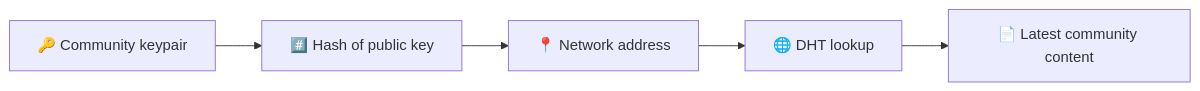
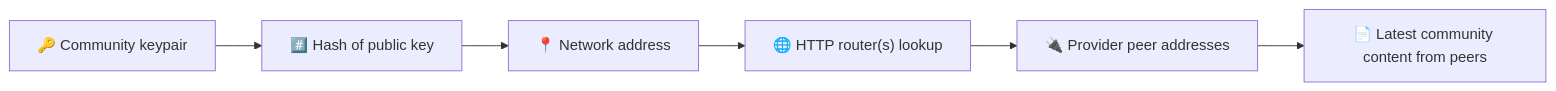
One commit to bitsocialnet/bitsocial-web changed the first of 5 diagrams in docs/peer-to-peer-protocol.md. Above: the diagram before and after it, drawn with Mermaid. The commit also changed other lines of this file and 7 other files, not shown here.

First line of the commit message:
docs(peer-to-peer-protocol): replace DHT with HTTP routers (#3)

````diff
--- a/docs/peer-to-peer-protocol.md
+++ b/docs/peer-to-peer-protocol.md
@@ -31,7 +31,8 @@
 ```mermaid
 graph LR
     K["🔑 Community keypair"] --> H["#️⃣ Hash of public key"]
     H --> A["📍 Network address"]
-    A --> D["🌐 DHT lookup"]
-    D --> C["📄 Latest community content"]
+    A --> D["🌐 HTTP router(s) lookup"]
+    D --> P["🔌 Provider peer addresses"]
+    P --> C["📄 Latest community content from peers"]
 ```
````
